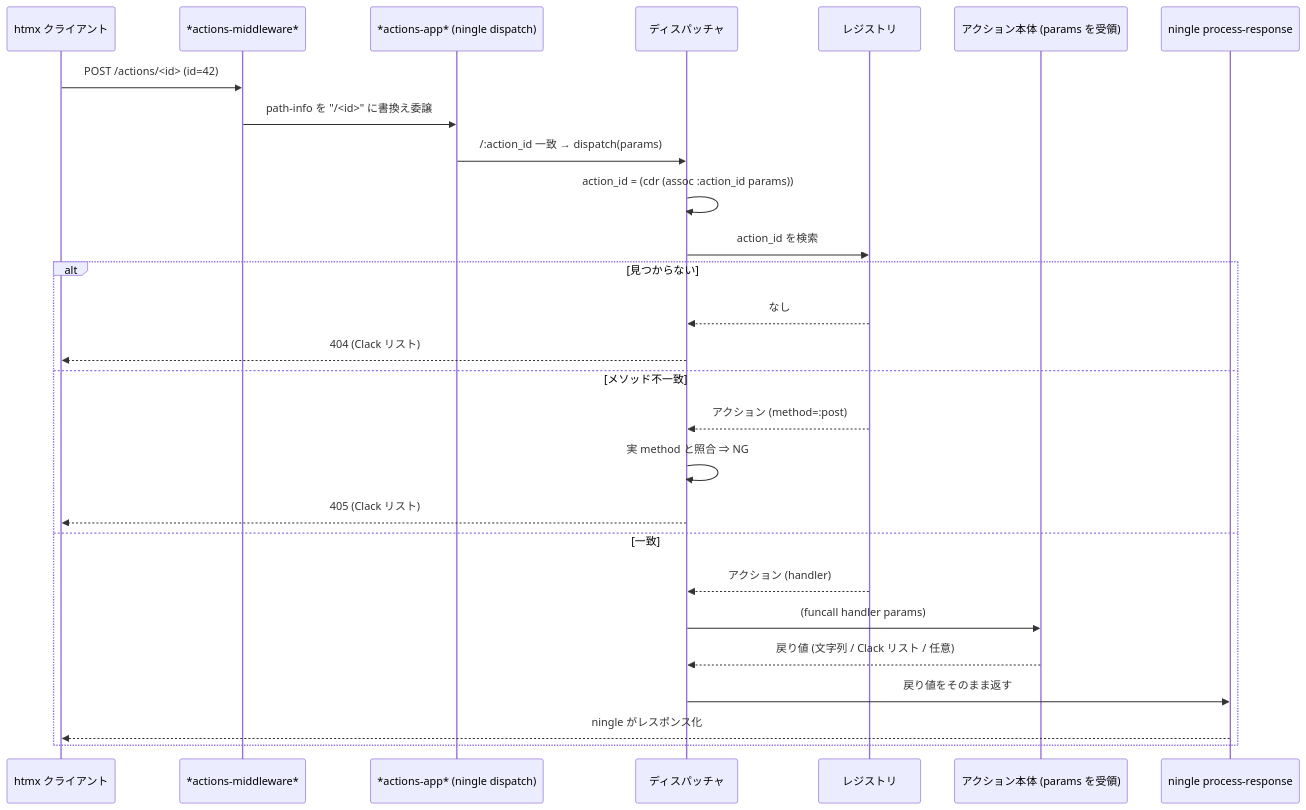
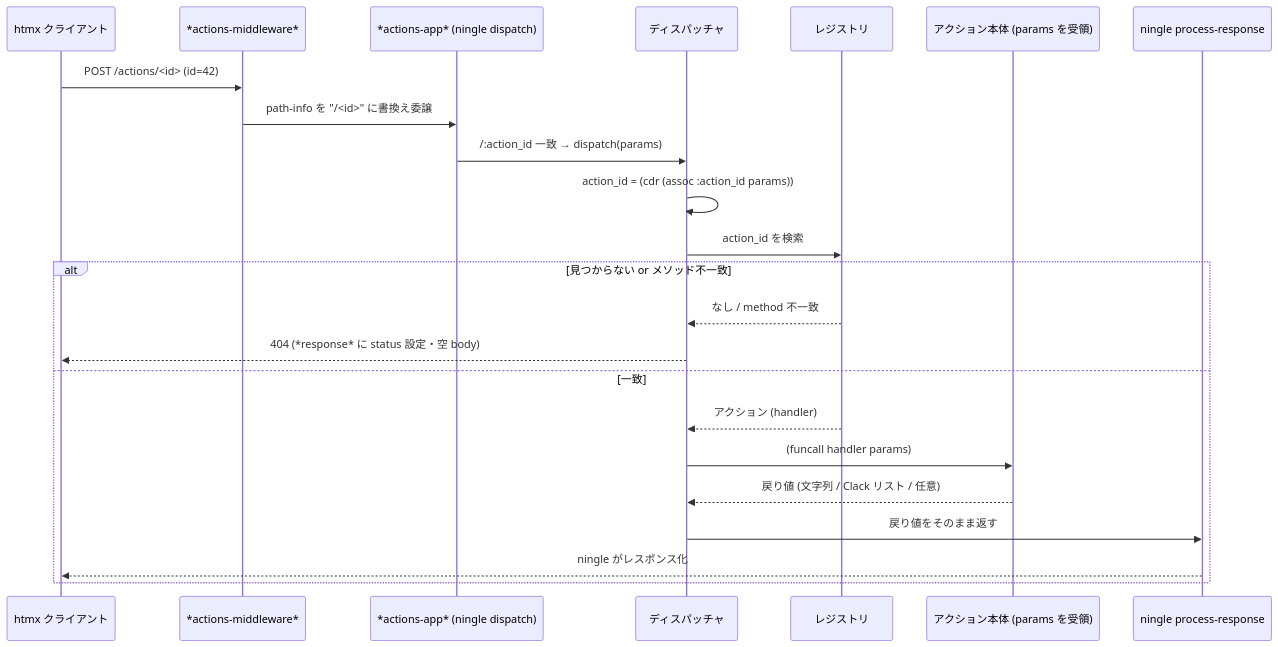
Before and after one commit to skyizwhite/ningle-actions: the third of 6 diagrams in docs/functional-design.md, drawn with Mermaid. The commit also changed other lines of this file and 7 other files, not shown here.

````diff
--- a/docs/functional-design.md
+++ b/docs/functional-design.md
@@ -84,30 +84,26 @@
 ```mermaid
 sequenceDiagram
     participant C as htmx クライアント
     participant Mnt as *actions-middleware*
     participant N as *actions-app* (ningle dispatch)
     participant D as ディスパッチャ
     participant Reg as レジストリ
     participant B as アクション本体 (params を受領)
     participant PR as ningle process-response
 
     C->>Mnt: POST /actions/<id> (id=42)
     Mnt->>N: path-info を "/<id>" に書換え委譲
     N->>D: /:action_id 一致 → dispatch(params)
     D->>D: action_id = (cdr (assoc :action_id params))
     D->>Reg: action_id を検索
-    alt 見つからない
-        Reg-->>D: なし
-        D-->>C: 404 (Clack リスト)
-    else メソッド不一致
-        Reg-->>D: アクション (method=:post)
-        D->>D: 実 method と照合 ⇒ NG
-        D-->>C: 405 (Clack リスト)
+    alt 見つからない or メソッド不一致
+        Reg-->>D: なし / method 不一致
+        D-->>C: 404 (*response* に status 設定・空 body)
     else 一致
         Reg-->>D: アクション (handler)
         D->>B: (funcall handler params)
         B-->>D: 戻り値 (文字列 / Clack リスト / 任意)
         D->>PR: 戻り値をそのまま返す
         PR-->>C: ningle がレスポンス化
     end
 ```
````
